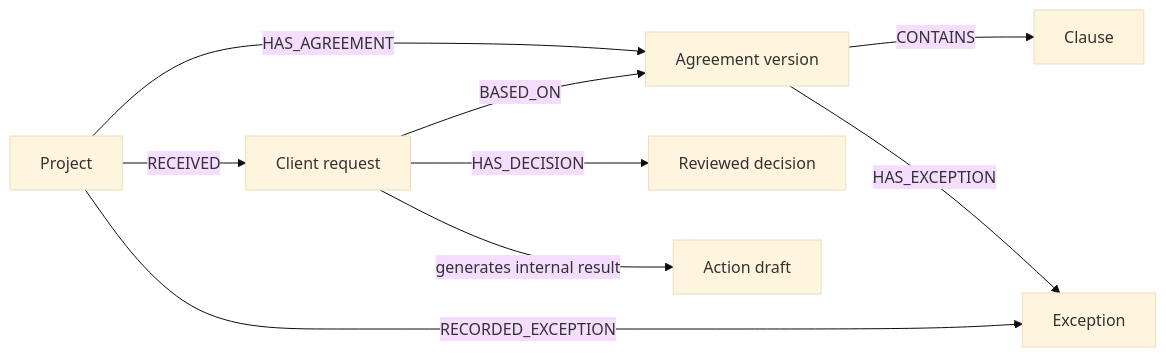
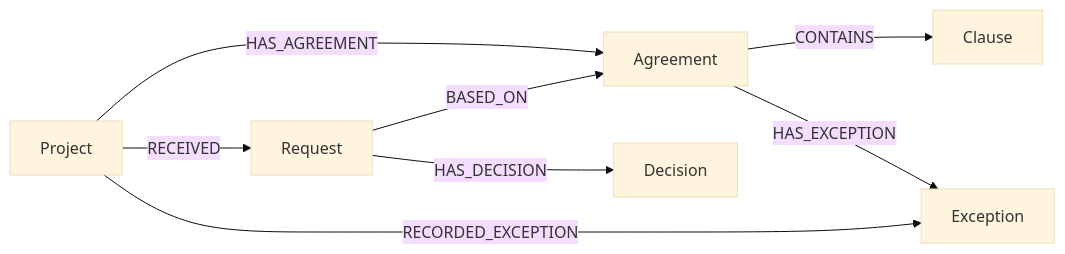
The second of 2 diagrams in README.md (agcodes0315/Scopeguard-AI), drawn with Mermaid (base theme) before and after one commit. The commit also changed other lines of this file and 3 other files, not shown here.

````diff
--- a/README.md
+++ b/README.md
@@ -66,11 +156,19 @@
 ```mermaid
+
 flowchart LR
-    P[Project] -->|HAS_AGREEMENT| A[Agreement version]
-    A -->|CONTAINS| C[Clause]
-    P -->|RECEIVED| R[Client request]
-    R -->|BASED_ON| A
-    R -->|HAS_DECISION| D[Reviewed decision]
-    A -->|HAS_EXCEPTION| E[Exception]
-    P -->|RECORDED_EXCEPTION| E
-    R -->|generates internal result| F[Action draft]
+
+    P[Project] -->|HAS_AGREEMENT| A[Agreement]
+
+    A -->|CONTAINS| C[Clause]
+
+    P -->|RECEIVED| R[Request]
+
+    R -->|BASED_ON| A
+
+    R -->|HAS_DECISION| D[Decision]
+
+    A -->|HAS_EXCEPTION| E[Exception]
+
+    P -->|RECORDED_EXCEPTION| E
+
 ```
````
